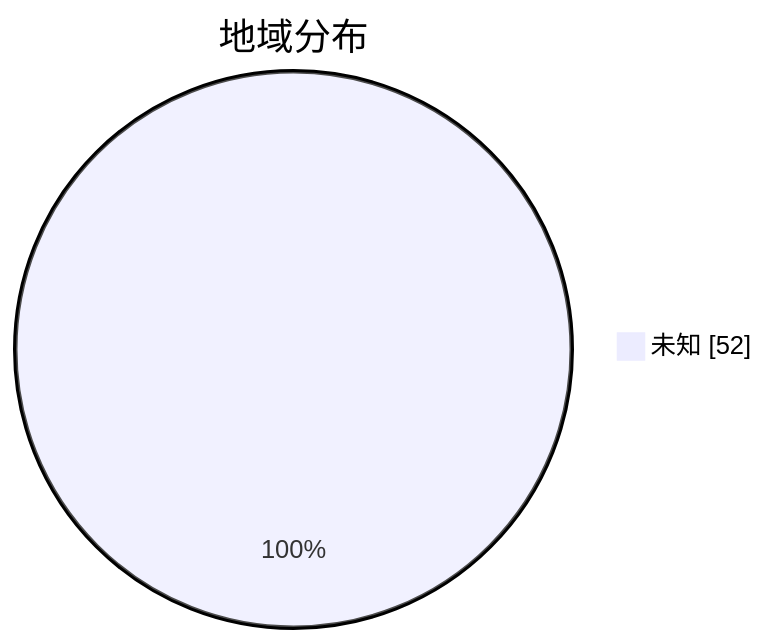
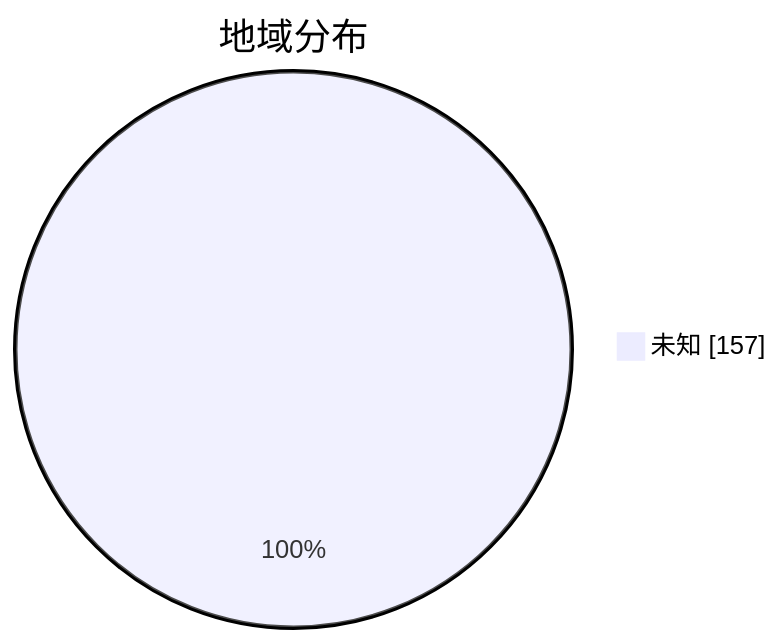
Before and after one commit to qjlxg/airport: the second of 3 diagrams in subs/statistics/tested_within.md, drawn with Mermaid. The commit also changed other lines of this file and 2 other files, not shown here.

````diff
--- a/subs/statistics/tested_within.md
+++ b/subs/statistics/tested_within.md
@@ -10,5 +11,5 @@
 ```mermaid
 pie showData
 title 地域分布
-"未知" : 52
+"未知" : 157
 ```
````
